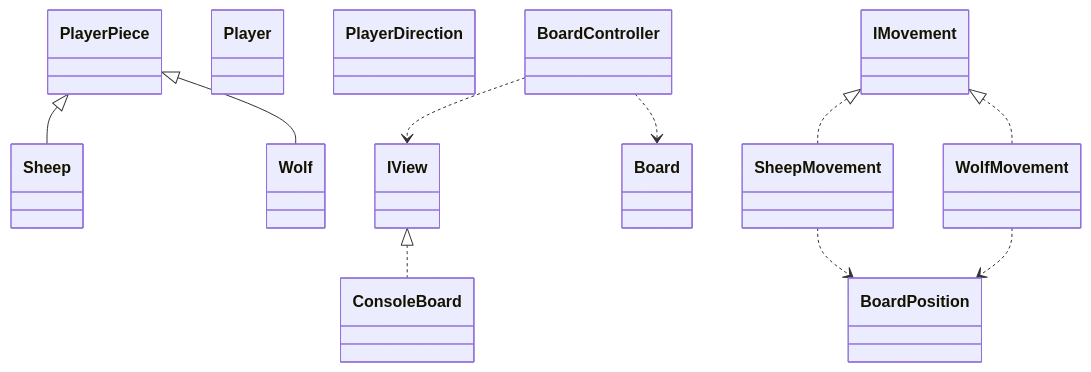
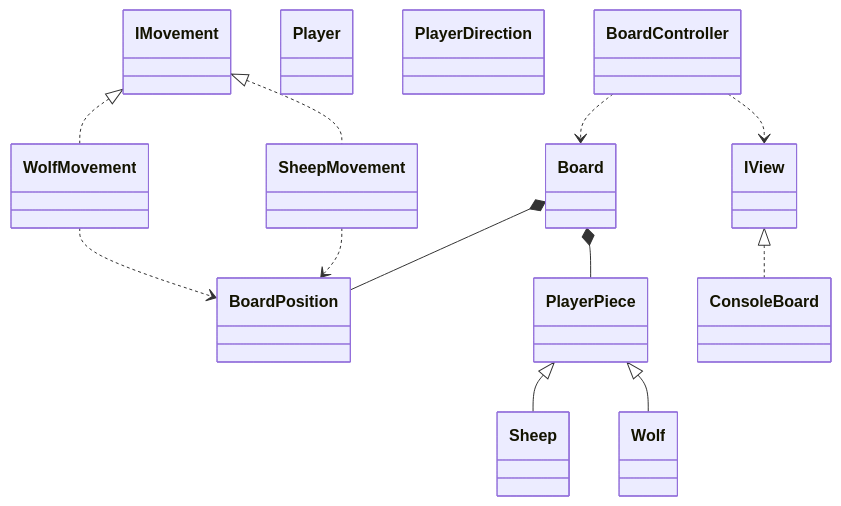
The diagram in README.md (RicardoMota22/ProjDeRecurso), drawn with Mermaid before and after one commit.

Commit message:
add check if mermaid example of actual project works.pt6

````diff
--- a/README.md
+++ b/README.md
@@ -41,65 +41,68 @@
 ```mermaid
 classDiagram
     class Board {
         
     }
 
     class BoardPosition {
         
     }
     class IMovement {
         
     }
     class Player {
         
     }
 
     class PlayerDirection {
         
     }
 
     class PlayerPiece {
         
     }
 
     class Sheep {
         
     }
 
     class SheepMovement {
         
     }
     class Wolf {
         
     }
     class WolfMovement {
         
     }
 
     class ConsoleBoard {
         
     }
     class IView {
         
     }
     class BoardController {
         
     }
 
     PlayerPiece <|-- Sheep
     PlayerPiece <|-- Wolf
 
     IMovement <|.. SheepMovement
     IMovement <|.. WolfMovement
 
     IView <|.. ConsoleBoard
 
     WolfMovement ..> BoardPosition
     SheepMovement ..> BoardPosition
 
     BoardController ..> IView
     BoardController ..> Board
 
+    Board *-- PlayerPiece
+    Board *-- BoardPosition
+
 
 
 ```
````
